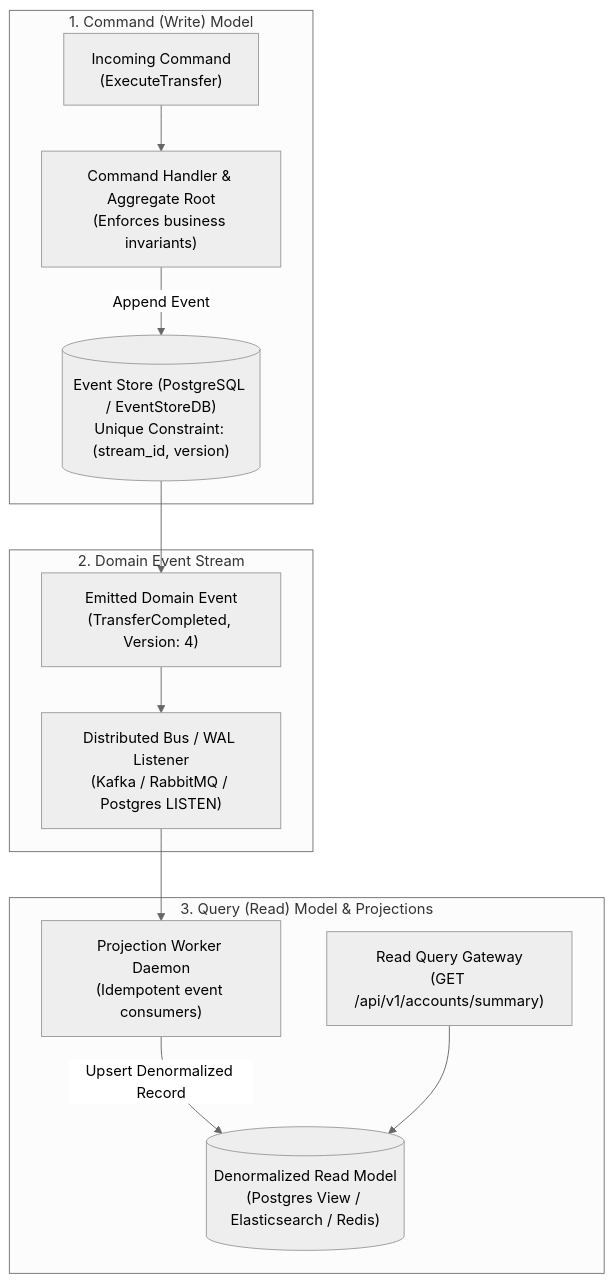
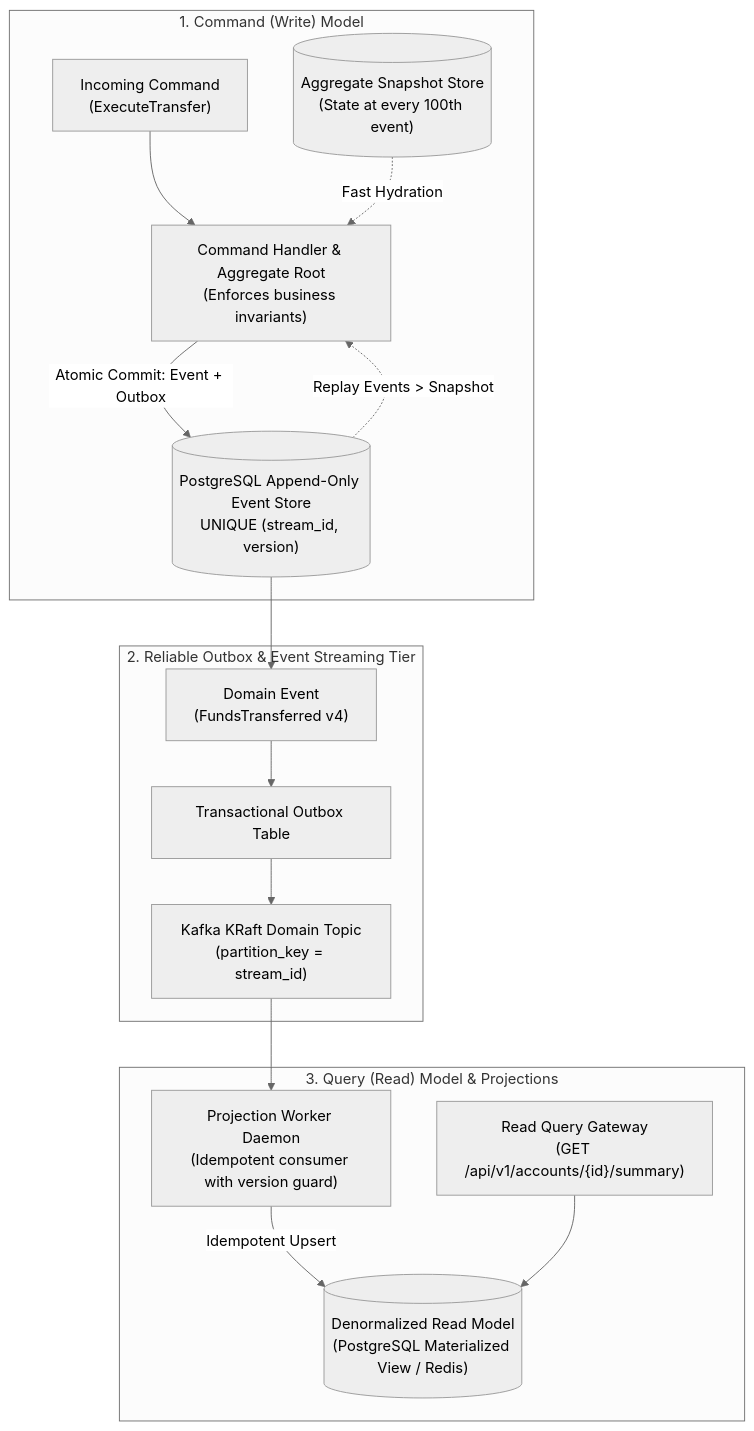
Before and after one commit to software-blueprints-hq/software-blueprints: the diagram in docs/system-design/cqrs-event-sourcing/overview.md, drawn with Mermaid (neutral theme). The commit also changed other lines of this file and 4 other files, not shown here.

Commit message:
feat: upgrade CQRS & Event Sourcing to Level 3 and ship Guided Architecture Decision Wizard in AI Assistant

````diff
--- a/docs/system-design/cqrs-event-sourcing/overview.md
+++ b/docs/system-design/cqrs-event-sourcing/overview.md
@@ -17,27 +21,32 @@
 ```mermaid
 flowchart TD
     subgraph CommandSide ["1. Command (Write) Model"]
         Command["Incoming Command\n(ExecuteTransfer)"]
         CmdHandler["Command Handler & Aggregate Root\n(Enforces business invariants)"]
-        EventStore[("Event Store (PostgreSQL / EventStoreDB)\nUnique Constraint: (stream_id, version)")]
+        EventStore[("PostgreSQL Append-Only Event Store\nUNIQUE (stream_id, version)")]
+        SnapshotStore[("Aggregate Snapshot Store\n(State at every 100th event)")]
     end
 
-    subgraph EventStream ["2. Domain Event Stream"]
-        OutEvent["Emitted Domain Event\n(TransferCompleted, Version: 4)"]
-        EventBus["Distributed Bus / WAL Listener\n(Kafka / RabbitMQ / Postgres LISTEN)"]
+    subgraph EventStreaming ["2. Reliable Outbox & Event Streaming Tier"]
+        DomainEvent["Domain Event\n(FundsTransferred v4)"]
+        OutboxQueue["Transactional Outbox Table"]
+        KafkaBus["Kafka KRaft Domain Topic\n(partition_key = stream_id)"]
     end
 
     subgraph QuerySide ["3. Query (Read) Model & Projections"]
-        Projector["Projection Worker Daemon\n(Idempotent event consumers)"]
-        ReadDB[("Denormalized Read Model\n(Postgres View / Elasticsearch / Redis)")]
-        QueryAPI["Read Query Gateway\n(GET /api/v1/accounts/summary)"]
+        Projector["Projection Worker Daemon\n(Idempotent consumer with version guard)"]
+        ReadDB[("Denormalized Read Model\n(PostgreSQL Materialized View / Redis)")]
+        QueryGateway["Read Query Gateway\n(GET /api/v1/accounts/{id}/summary)"]
     end
 
     Command --> CmdHandler
-    CmdHandler -->|Append Event| EventStore
-    EventStore --> OutEvent
-    OutEvent --> EventBus
-    EventBus --> Projector
-    Projector -->|Upsert Denormalized Record| ReadDB
-    QueryAPI --> ReadDB
+    SnapshotStore -.->|Fast Hydration| CmdHandler
+    EventStore -.->|Replay Events > Snapshot| CmdHandler
+    CmdHandler -->|Atomic Commit: Event + Outbox| EventStore
+    EventStore --> DomainEvent
+    DomainEvent --> OutboxQueue
+    OutboxQueue --> KafkaBus
+    KafkaBus --> Projector
+    Projector -->|Idempotent Upsert| ReadDB
+    QueryGateway --> ReadDB
 ```
````
